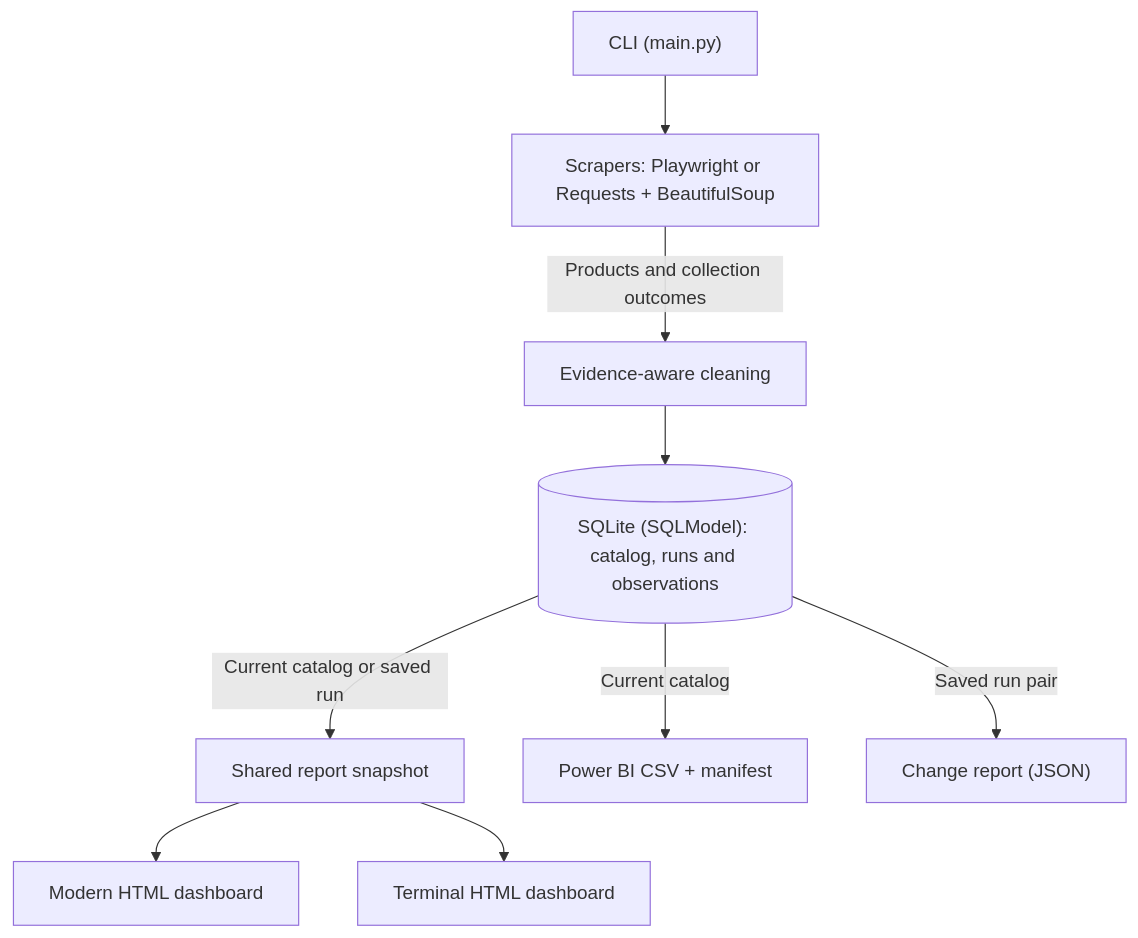
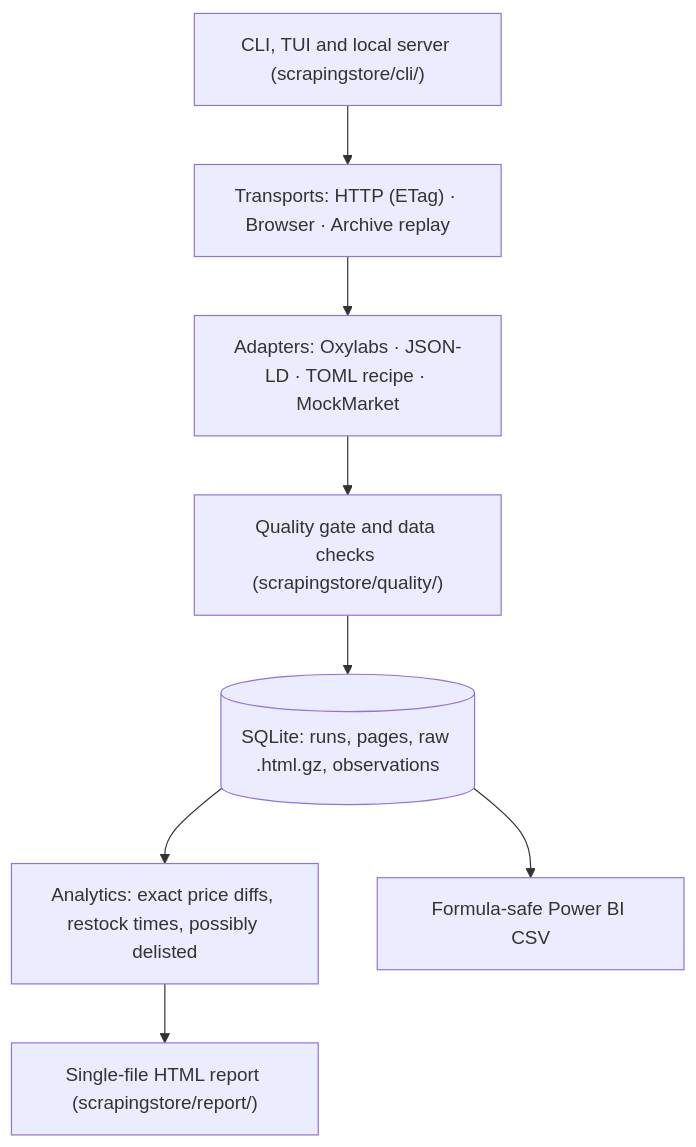
The diagram in README.md (tzii/ScrapingStore), drawn with Mermaid before and after one commit. The commit also changed other lines of this file and 102 other files, not shown here.

First line of the commit message:
ScrapingStore 3.0: scrapingstore package, run ledger and one-page report

````diff
--- a/README.md
+++ b/README.md
@@ -61,11 +77,10 @@
 ```mermaid
 flowchart TD
-    CLI["CLI (main.py)"] --> Scraper["Scrapers: Playwright or Requests + BeautifulSoup"]
-    Scraper -->|Products and collection outcomes| Cleaner["Evidence-aware cleaning"]
-    Cleaner --> DB[("SQLite (SQLModel): catalog, runs and observations")]
-    DB -->|Current catalog or saved run| Snapshot["Shared report snapshot"]
-    Snapshot --> Modern["Modern HTML dashboard"]
-    Snapshot --> Terminal["Terminal HTML dashboard"]
-    DB -->|Current catalog| CSV["Power BI CSV + manifest"]
-    DB -->|Saved run pair| Compare["Change report (JSON)"]
+    CLI["CLI, TUI and local server (scrapingstore/cli/)"] --> Transport["Transports: HTTP (ETag) · Browser · Archive replay"]
+    Transport --> Adapters["Adapters: Oxylabs · JSON-LD · TOML recipe · MockMarket"]
+    Adapters --> Quality["Quality gate and data checks (scrapingstore/quality/)"]
+    Quality --> Ledger[("SQLite: runs, pages, raw .html.gz, observations")]
+    Ledger --> Analytics["Analytics: exact price diffs, restock times, possibly delisted"]
+    Analytics --> Report["Single-file HTML report (scrapingstore/report/)"]
+    Ledger --> CSV["Formula-safe Power BI CSV"]
 ```
````
